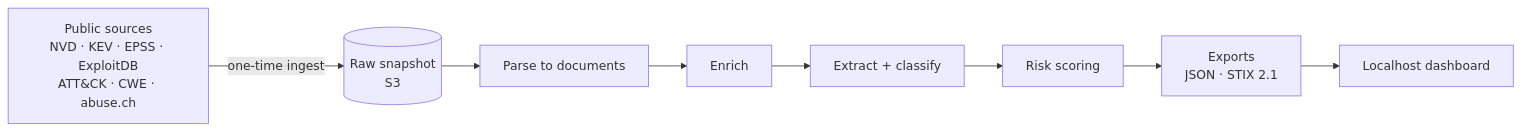
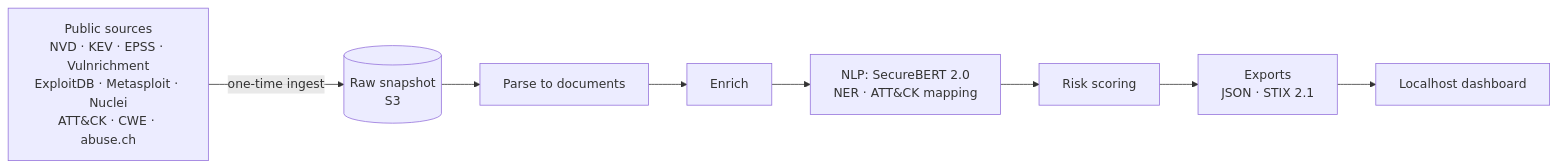
One commit to arinvandrapu/Cyber-Threat-Intelligence-System changed the diagram in README.md. Above: the diagram before and after it, drawn with Mermaid. The commit also changed other lines of this file and 5 other files, not shown here.

First line of the commit message:
Add prioritization feeds and SecureBERT 2.0 NLP design to plan

````diff
--- a/README.md
+++ b/README.md
@@ -33,10 +35,10 @@
 ```mermaid
 flowchart LR
-    A[Public sources<br/>NVD · KEV · EPSS · ExploitDB<br/>ATT&CK · CWE · abuse.ch] -->|one-time ingest| B[(Raw snapshot<br/>S3)]
+    A[Public sources<br/>NVD · KEV · EPSS · Vulnrichment<br/>ExploitDB · Metasploit · Nuclei<br/>ATT&CK · CWE · abuse.ch] -->|one-time ingest| B[(Raw snapshot<br/>S3)]
     B --> C[Parse to documents]
     C --> D[Enrich]
-    D --> E[Extract + classify]
+    D --> E[NLP: SecureBERT 2.0<br/>NER · ATT&CK mapping]
     E --> F[Risk scoring]
     F --> G[Exports<br/>JSON · STIX 2.1]
     G --> H[Localhost dashboard]
 ```
````
